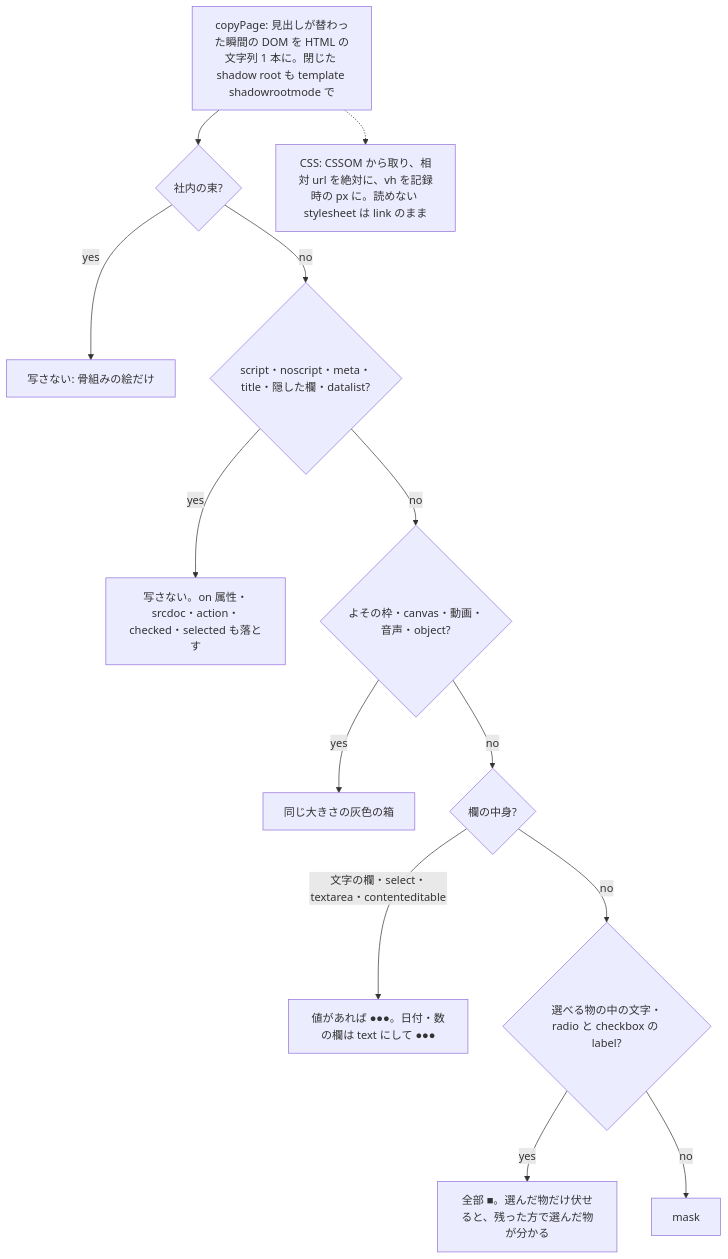
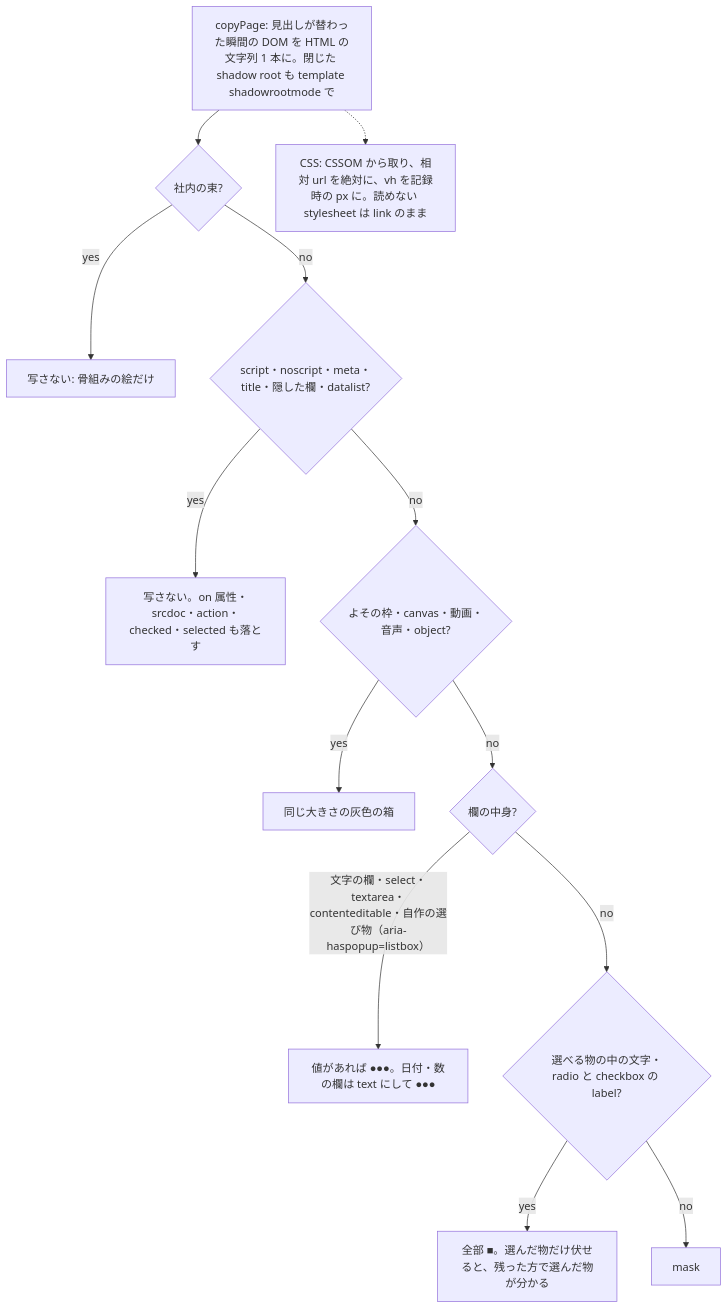
Before and after one commit to shibu003/sakki: the fourth of 6 diagrams in docs/diagrams.md, drawn with Mermaid. The commit also changed other lines of this file and 8 other files, not shown here.

````diff
--- a/docs/diagrams.md
+++ b/docs/diagrams.md
@@ -83,15 +84,15 @@
 ```mermaid
 flowchart TD
     copyPage[copyPage: 見出しが替わった瞬間の DOM を HTML の文字列 1 本に。閉じた shadow root も template shadowrootmode で] --> noText2{社内の束?}
     noText2 -- yes --> none[写さない: 骨組みの絵だけ]
     noText2 -- no --> skip{script・noscript・meta・title・隠した欄・datalist?}
     skip -- yes --> drop[写さない。on 属性・srcdoc・action・checked・selected も落とす]
     skip -- no --> boxed{よその枠・canvas・動画・音声・object?}
     boxed -- yes --> grey[同じ大きさの灰色の箱]
     boxed -- no --> field{欄の中身?}
-    field -- 文字の欄・select・textarea・contenteditable --> filled[値があれば ●●●。日付・数の欄は text にして ●●●]
+    field -- 文字の欄・select・textarea・contenteditable・自作の選び物（aria-haspopup=listbox） --> filled[値があれば ●●●。日付・数の欄は text にして ●●●]
     field -- no --> choice{選べる物の中の文字・radio と checkbox の label?}
     choice -- yes --> allmask[全部 ■。選んだ物だけ伏せると、残った方で選んだ物が分かる]
     choice -- no --> mask
     copyPage -.-> css[CSS: CSSOM から取り、相対 url を絶対に、vh を記録時の px に。読めない stylesheet は link のまま]
 ```
````
